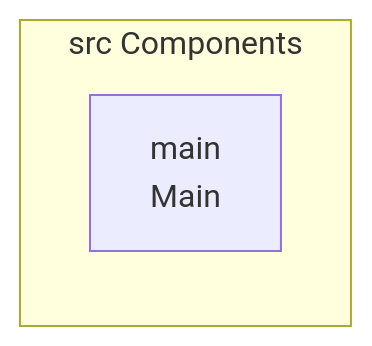
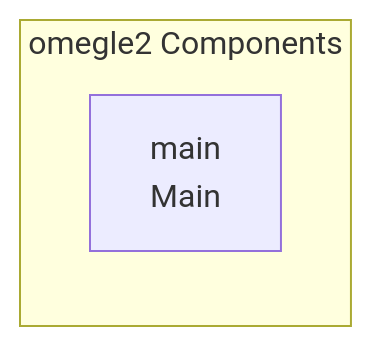
One commit to Punyamittal/omegle2 changed the third of 4 diagrams in README.md. Above: the diagram before and after it, drawn with Mermaid. The commit also changed other lines of this file, not shown here.

````diff
--- a/README.md
+++ b/README.md
@@ -220,6 +226,6 @@
 ```mermaid
 graph LR
-    subgraph App["src Components"]
+    subgraph App["omegle2 Components"]
         main["main<br/>Main"]
     end
 ```
````
